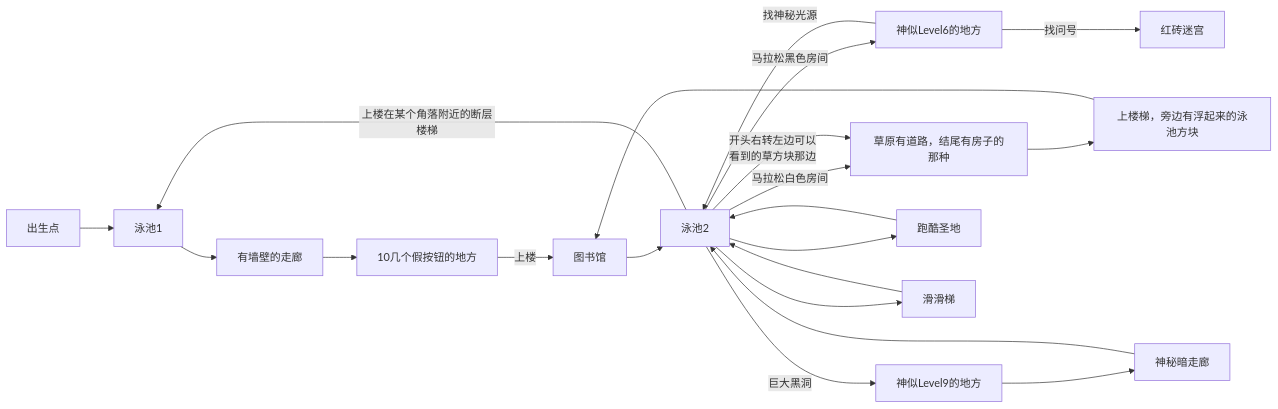
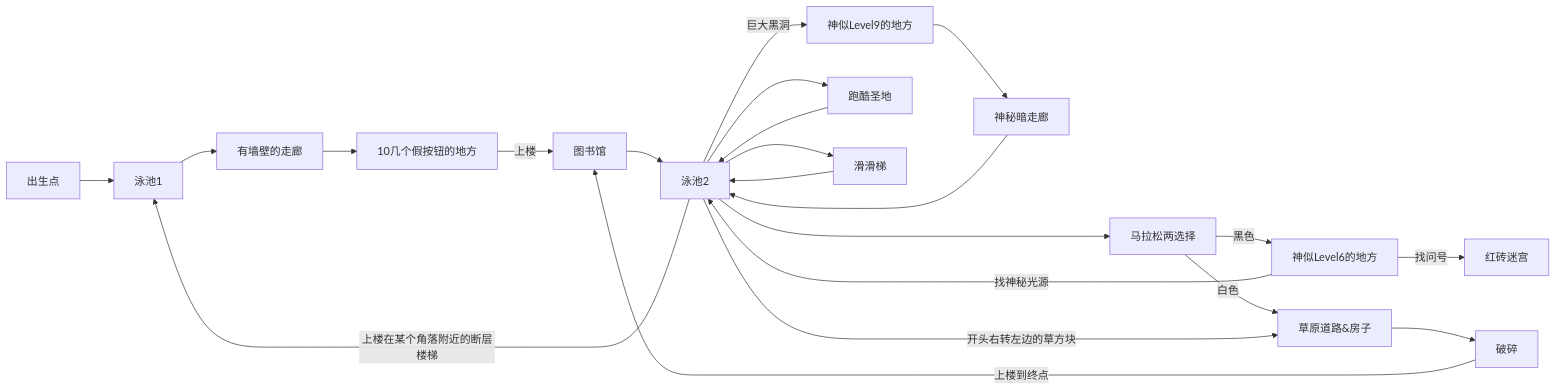
One commit to VeryrrDefine/veryrrdefine.github.io changed the diagram in _posts/2026-02-26-dreamcore-server-structure-map.markdown. Above: the diagram before and after it, drawn with Mermaid.

```diff
--- a/_posts/2026-02-26-dreamcore-server-structure-map.markdown
+++ b/_posts/2026-02-26-dreamcore-server-structure-map.markdown
@@ -9,24 +9,24 @@
 <div class="mermaid">
 flowchart LR
 
 A[出生点] --> 1[泳池1]
 1-->1_1[有墙壁的走廊]-->1_2[10几个假按钮的地方]--上楼-->9inf[图书馆]
 
 9inf-->2[泳池2]
-
-2--马拉松黑色房间-->6[神似Level6的地方]
+2---->malason[马拉松两选择]
+malason--黑色-->6[神似Level6的地方]
 2--上楼在某个角落附近的断层楼梯-->1
 6--找神秘光源-->2
 6--找问号-->redbrick[红砖迷宫]
-2--马拉松白色房间-->road3[草原有道路，结尾有房子的那种]
-2--开头右转左边可以<br/>看到的草方块那边-->road3
-road3-->upstairsinfinite[上楼梯，旁边有浮起来的泳池方块]
-upstairsinfinite-->9inf
+malason--白色-->road3[草原道路&房子]
+2--开头右转左边的草方块-->road3
+road3-->upstairsinfinite[破碎]
+upstairsinfinite--上楼到终点-->9inf
 2--巨大黑洞-->level9like[神似Level9的地方]-->darkhall[神秘暗走廊]
 2-->parkour[跑酷圣地]
 parkour-->2
 darkhall-->2
 2-->fastslider[滑滑梯]
 fastslider-->2
 
 </div>
```
